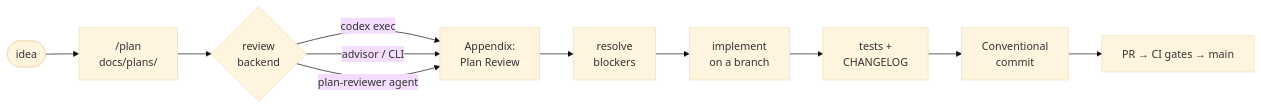
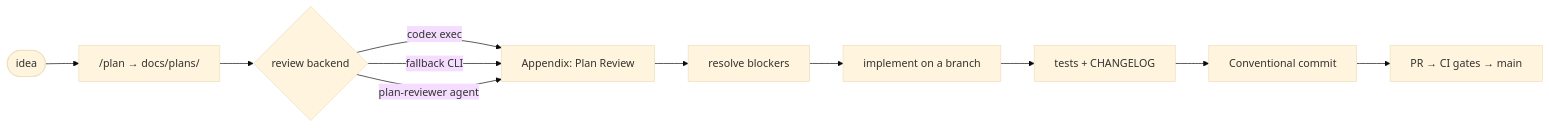
The diagram in README.md (aradex-io/RepoTemplate), drawn with Mermaid (base theme) before and after one commit.

Commit message:
docs(readme): fix mermaid diagram not rendering on GitHub
Quote all node labels and remove characters GitHub's mermaid parser rejects in
unquoted labels (<br/>, ':', '+', and a '/' inside an edge label).

````diff
--- a/README.md
+++ b/README.md
@@ -72,13 +72,13 @@
 ```mermaid
 flowchart LR
-    I([idea]) --> P["/plan<br/>docs/plans/"]
-    P --> R{review<br/>backend}
-    R -->|codex exec| A[Appendix:<br/>Plan Review]
-    R -->|advisor / CLI| A
+    I([idea]) --> P["/plan → docs/plans/"]
+    P --> R{"review backend"}
+    R -->|codex exec| A["Appendix: Plan Review"]
+    R -->|fallback CLI| A
     R -->|plan-reviewer agent| A
-    A --> X[resolve<br/>blockers]
-    X --> B[implement<br/>on a branch]
-    B --> T[tests +<br/>CHANGELOG]
-    T --> C[Conventional<br/>commit]
-    C --> M[PR → CI gates → main]
+    A --> X["resolve blockers"]
+    X --> B["implement on a branch"]
+    B --> T["tests + CHANGELOG"]
+    T --> C["Conventional commit"]
+    C --> M["PR → CI gates → main"]
 ```
````
